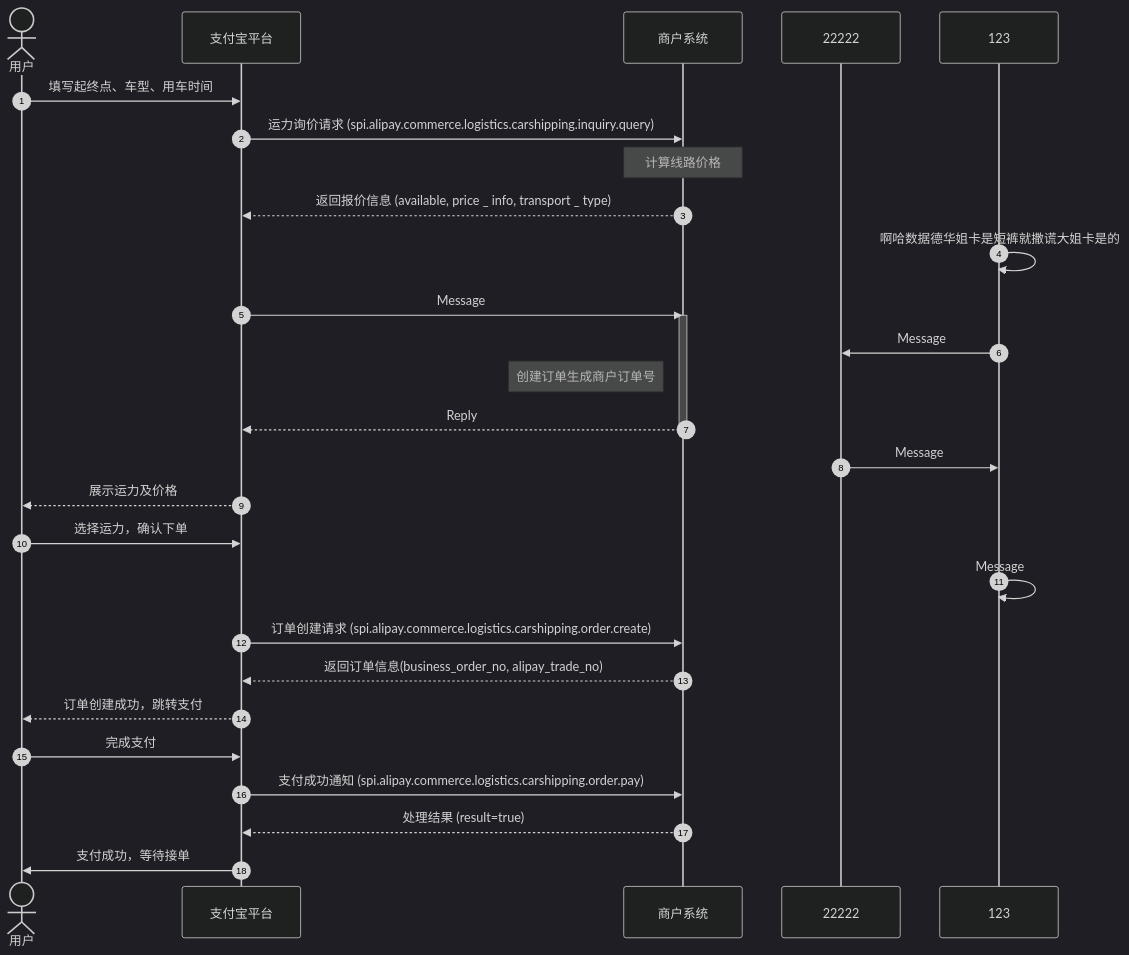
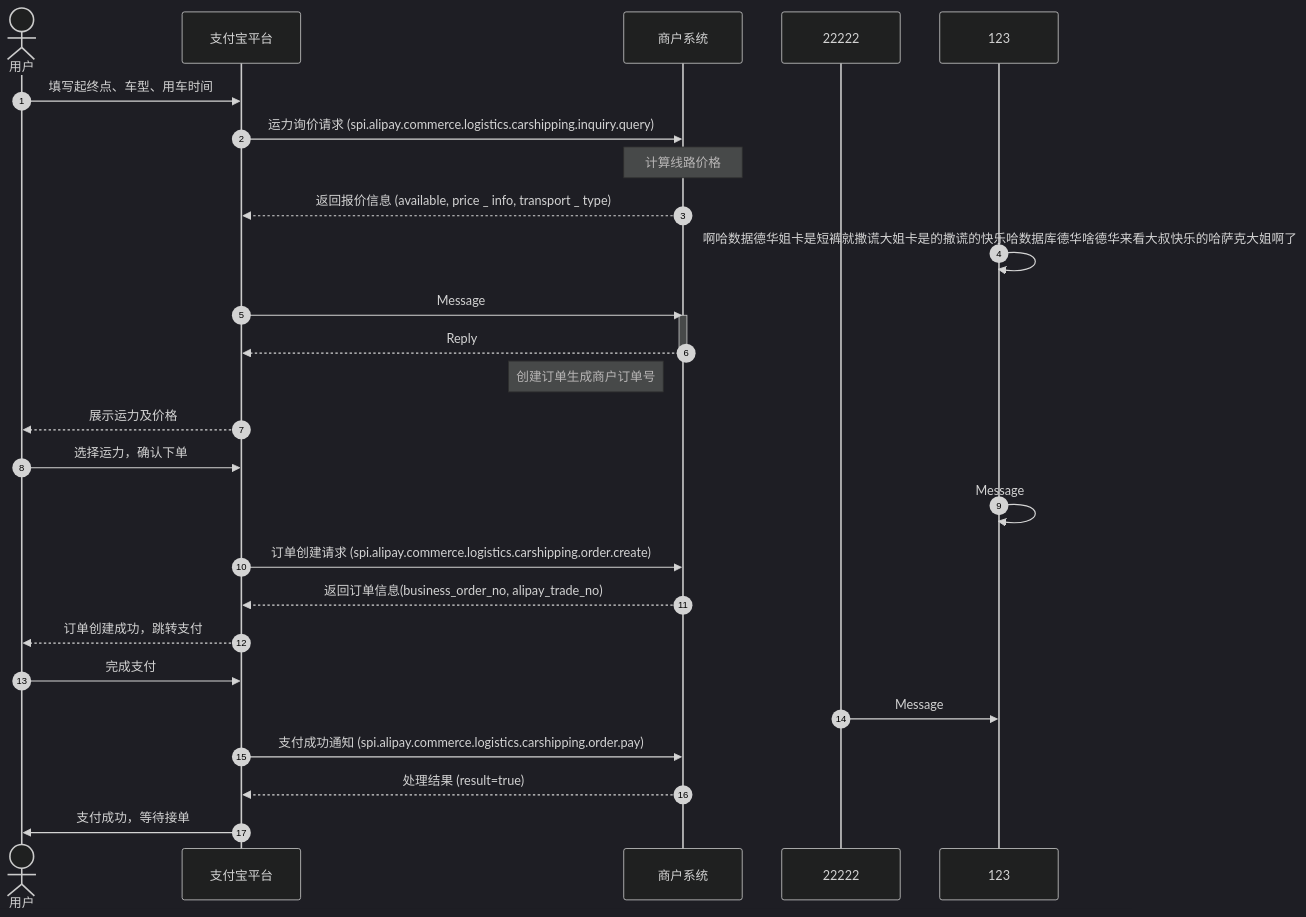
Before and after one commit to pingpm/mermaid_vault: the diagram in mmd/test_dba1b258-be6a-414c-9967-aedbcccfa44f.mmd, drawn with Mermaid (dark theme). The commit also changed 2 other files, not shown here.

Commit message:
Sync Mermaid Studio data (8 diagrams)

```diff
--- a/mmd/test_dba1b258-be6a-414c-9967-aedbcccfa44f.mmd
+++ b/mmd/test_dba1b258-be6a-414c-9967-aedbcccfa44f.mmd
@@ -1,29 +1,28 @@
 sequenceDiagram
   autonumber
   actor p0 as 用户
   participant p1 as 支付宝平台
   participant p2 as 商户系统
   participant p3 as 22222
   participant p4 as 123
   p0->>p1: 填写起终点、⻋型、⽤⻋时间
   p1->>p2: 运⼒询价请求 (spi.alipay.commerce.logistics.carshipping.inquiry.query)
   Note over p2: 计算线路价格
   p2-->>p1: 返回报价信息 (available, price _ info, transport _ type)
-  p4->>p4: 啊哈数据德华姐卡是短裤就撒谎大姐卡是的
+  p4->>p4: 啊哈数据德华姐卡是短裤就撒谎大姐卡是的撒谎的快乐哈数据库德华啥德华来看大叔快乐的哈萨克大姐啊了
   p1->>p2: Message
   activate p2
-  p4->>p3: Message
-  Note left of p2: 创建订单⽣成商户订单号
   p2-->>p1: Reply
   deactivate p2
-  p3->>p4: Message
+  Note left of p2: 创建订单⽣成商户订单号
   p1-->>p0: 展示运⼒及价格
   p0->>p1: 选择运⼒，确认下单
   p4->>p4: Message
   p1->>p2: 订单创建请求 (spi.alipay.commerce.logistics.carshipping.order.create)
   p2-->>p1: 返回订单信息(business_order_no, alipay_trade_no)
   p1-->>p0: 订单创建成功，跳转⽀付
   p0->>p1: 完成⽀付
+  p3->>p4: Message
   p1->>p2: ⽀付成功通知 (spi.alipay.commerce.logistics.carshipping.order.pay)
   p2-->>p1: 处理结果 (result=true)
   p1->>p0: ⽀付成功，等待接单
```
